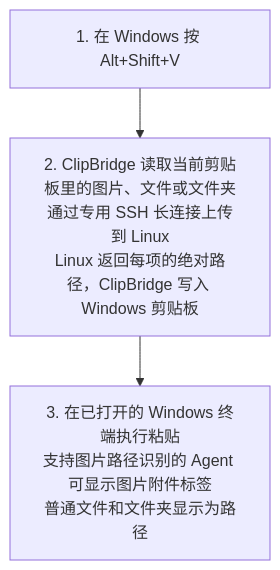
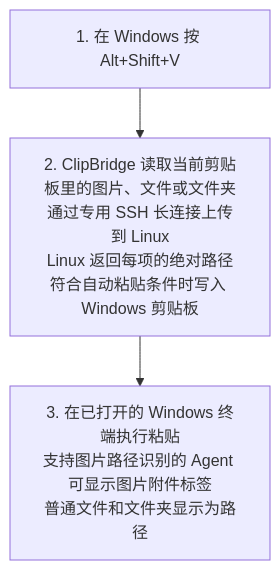
One commit to NewbieToEverything/clip-win-linux changed the first of 2 diagrams in README.zh.md. Above: the diagram before and after it, drawn with Mermaid. The commit also changed other lines of this file and 1 other file, not shown here.

Commit message:
Diagram the optional XPipe connection lifecycle

````diff
--- a/README.zh.md
+++ b/README.zh.md
@@ -11,5 +13,5 @@
 ```mermaid
 flowchart TD
-    A["1. 在 Windows 按 Alt+Shift+V"] --> B["2. ClipBridge 读取当前剪贴板里的图片、文件或文件夹<br/>通过专用 SSH 长连接上传到 Linux<br/>Linux 返回每项的绝对路径，ClipBridge 写入 Windows 剪贴板"]
+    A["1. 在 Windows 按 Alt+Shift+V"] --> B["2. ClipBridge 读取当前剪贴板里的图片、文件或文件夹<br/>通过专用 SSH 长连接上传到 Linux<br/>Linux 返回每项的绝对路径<br/>符合自动粘贴条件时写入 Windows 剪贴板"]
     B --> C["3. 在已打开的 Windows 终端执行粘贴<br/>支持图片路径识别的 Agent 可显示图片附件标签<br/>普通文件和文件夹显示为路径"]
 ```
````
